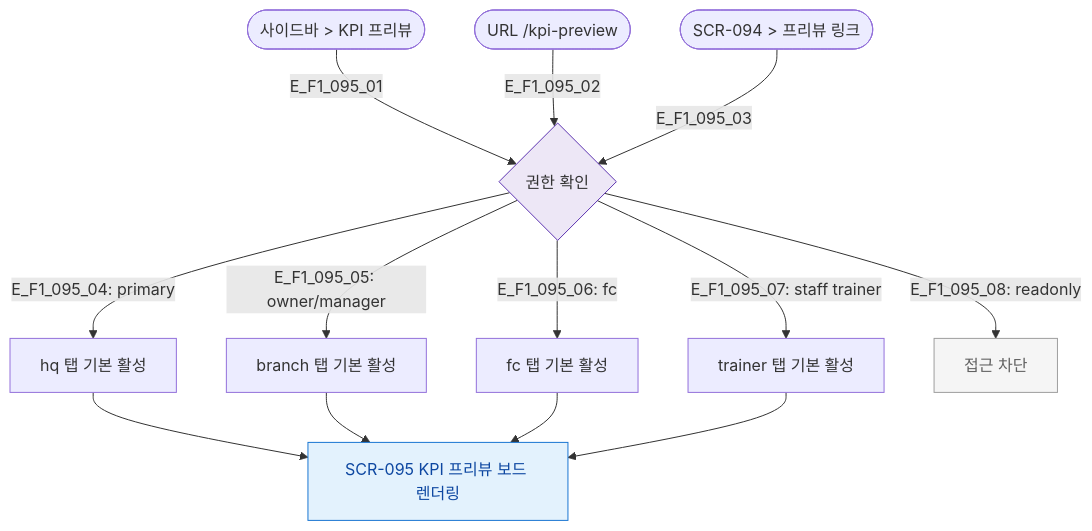
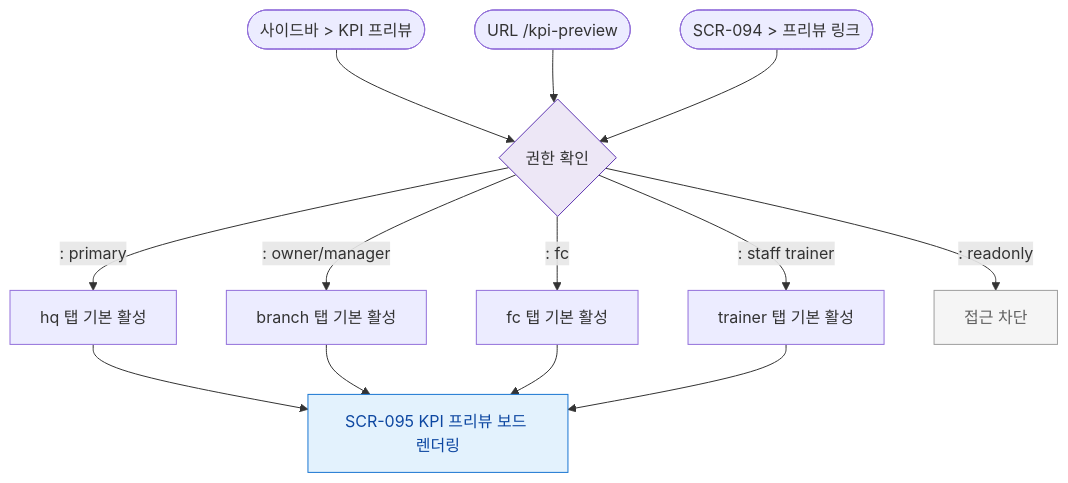
The diagram in docs/다이어그램/D10_본사관리/SCR-095_KPI프리뷰보드/F1_진입.md (dev-spogym/admin-pando), drawn with Mermaid before and after one commit. The commit also changed other lines of this file and 1660 other files, not shown here.

First line of the commit message:
다이어그램: 기획자/클라이언트 납품본으로 정리

````diff
--- a/docs/다이어그램/D10_본사관리/SCR-095_KPI프리뷰보드/F1_진입.md
+++ b/docs/다이어그램/D10_본사관리/SCR-095_KPI프리뷰보드/F1_진입.md
@@ -14,22 +12,22 @@
 ```mermaid
 flowchart TD
-  E1([사이드바 > KPI 프리뷰]) -->|E_F1_095_01| AuthCheck{권한 확인}
-  E2([URL /kpi-preview]) -->|E_F1_095_02| AuthCheck
-  E3([SCR-094 > 프리뷰 링크]) -->|E_F1_095_03| AuthCheck
+  E1([사이드바 > KPI 프리뷰]) --> AuthCheck{권한 확인}
+  E2([URL /kpi-preview]) --> AuthCheck
+  E3([SCR-094 > 프리뷰 링크]) --> AuthCheck
 
-  AuthCheck -->|"E_F1_095_04: primary"| HQTab[hq 탭 기본 활성]
-  AuthCheck -->|"E_F1_095_05: owner/manager"| BranchTab[branch 탭 기본 활성]
-  AuthCheck -->|"E_F1_095_06: fc"| FcTab[fc 탭 기본 활성]
-  AuthCheck -->|"E_F1_095_07: staff trainer"| TrainerTab[trainer 탭 기본 활성]
-  AuthCheck -->|"E_F1_095_08: readonly"| Blocked[접근 차단]
+  AuthCheck -->|": primary"|HQTab[hq 탭 기본 활성]
+  AuthCheck -->|": owner/manager"|BranchTab[branch 탭 기본 활성]
+  AuthCheck -->|": fc"|FcTab[fc 탭 기본 활성]
+  AuthCheck -->|": staff trainer"|TrainerTab[trainer 탭 기본 활성]
+  AuthCheck -->|": readonly"|Blocked[접근 차단]
 
   HQTab & BranchTab & FcTab & TrainerTab --> SCR_095[SCR-095 KPI 프리뷰 보드 렌더링]
 
   classDef screen fill:#E3F2FD,stroke:#1976D2,color:#0D47A1
   classDef system fill:#EDE7F6,stroke:#5E35B2
   classDef rbacBlocked fill:#F5F5F5,stroke:#9E9E9E,color:#616161
 
   class SCR_095 screen
   class AuthCheck system
   class Blocked rbacBlocked
 ```
````
